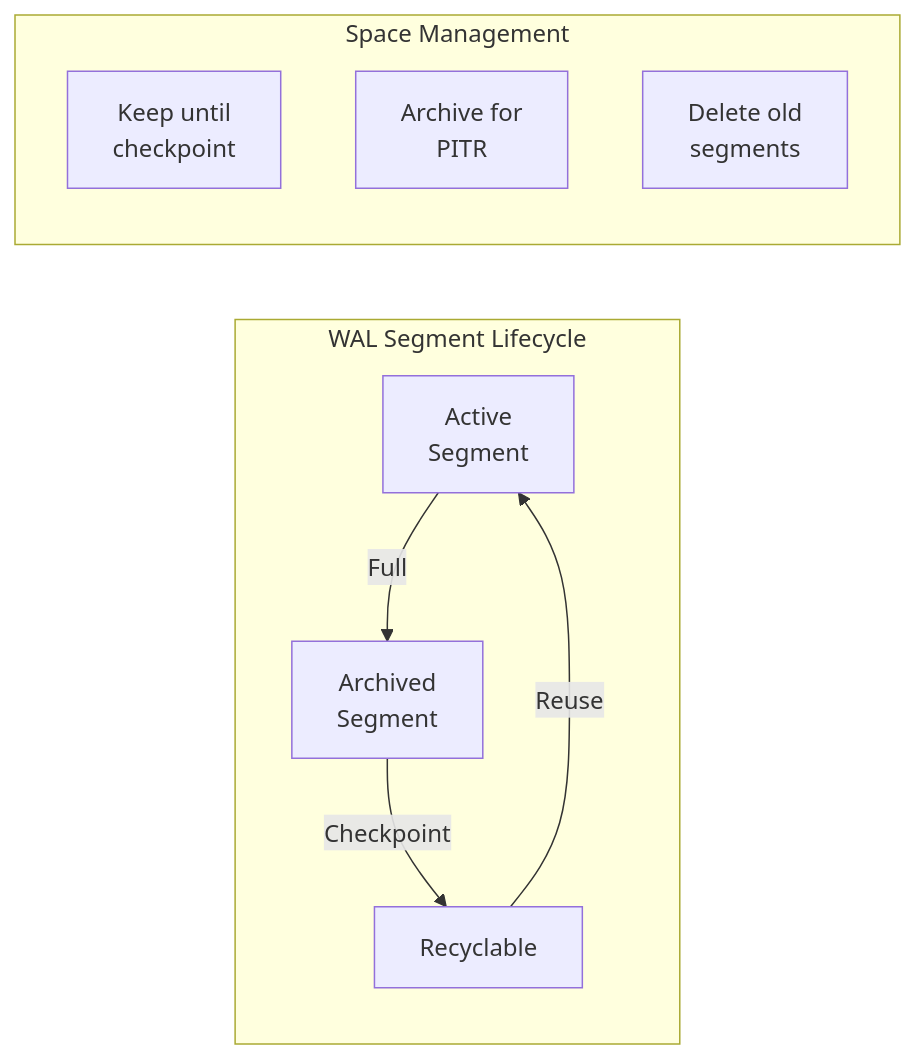
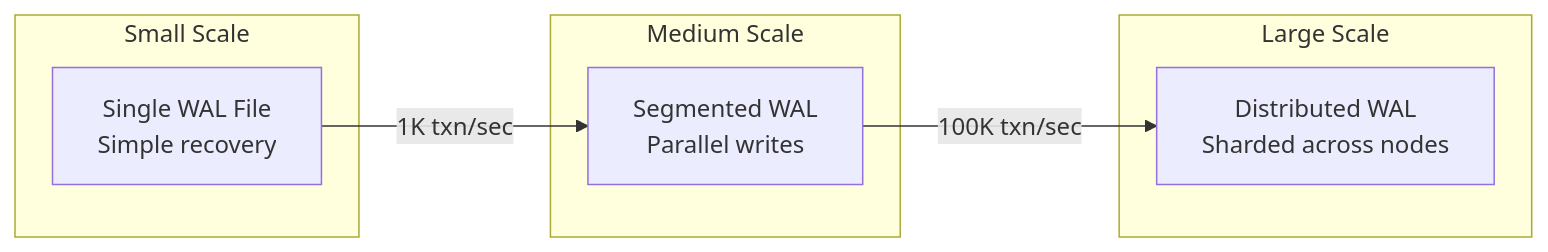
The fourth of 6 diagrams in docs/pattern-library/data-management/write-ahead-log.md (deepaucksharma/DStudio), drawn with Mermaid before and after one commit. The commit also changed other lines of this file and 23 other files, not shown here.

````diff
--- a/docs/pattern-library/data-management/write-ahead-log.md
+++ b/docs/pattern-library/data-management/write-ahead-log.md
@@ -274,14 +250,17 @@
 ```mermaid
 graph LR
- subgraph "WAL Segment Lifecycle"
- Active[Active<br/>Segment] -->|Full| Archived[Archived<br/>Segment]
- Archived -->|Checkpoint| Recyclable[Recyclable]
- Recyclable -->|Reuse| Active
- end
- 
- subgraph "Space Management"
- Keep[Keep until<br/>checkpoint]
- Archive[Archive for<br/>PITR]
- Delete[Delete old<br/>segments]
- end
+    subgraph "Small Scale"
+        A1[Single WAL File<br/>Simple recovery]
+    end
+    
+    subgraph "Medium Scale"
+        B1[Segmented WAL<br/>Parallel writes]
+    end
+    
+    subgraph "Large Scale"
+        C1[Distributed WAL<br/>Sharded across nodes]
+    end
+    
+    A1 -->|1K txn/sec| B1
+    B1 -->|100K txn/sec| C1
 ```
````
